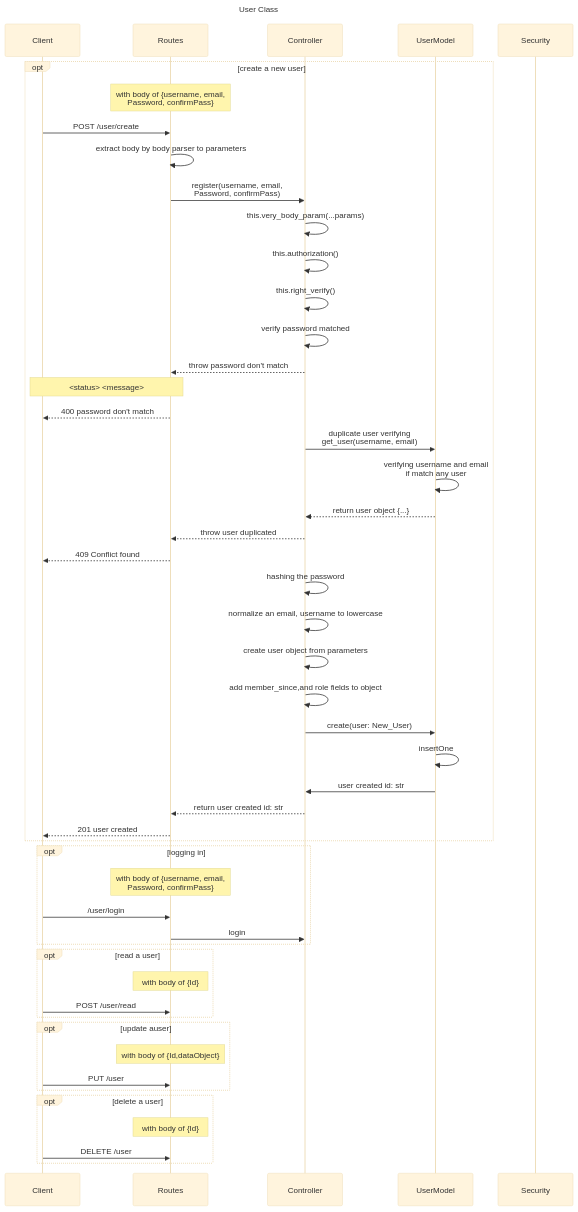
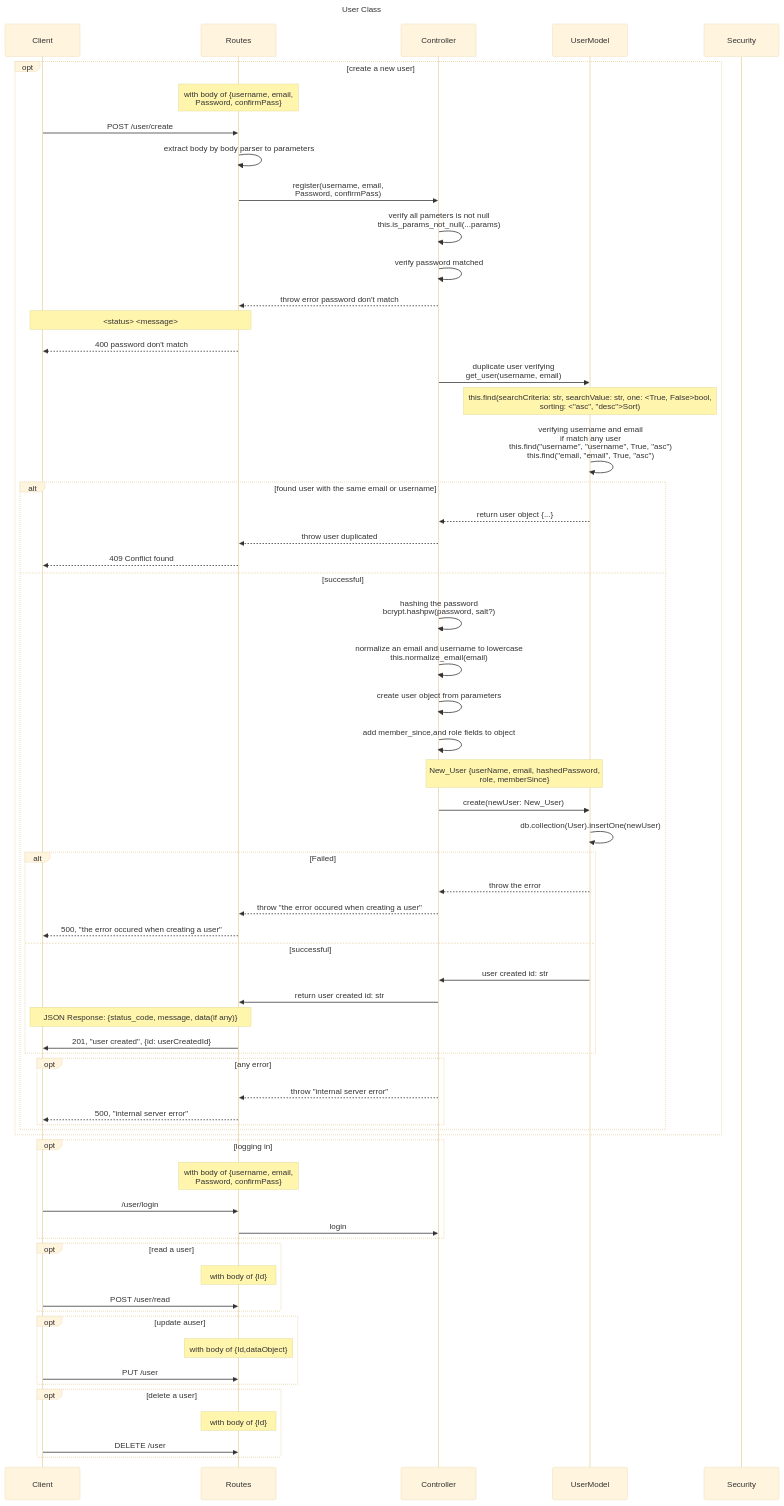
One commit to SawatKia/WealthTracking changed the diagram in design/Classes/User.mmd. Above: the diagram before and after it, drawn with Mermaid (base theme).

Commit message:
remove unnecssary part; add fail and success in the route

```diff
--- a/design/Classes/User.mmd
+++ b/design/Classes/User.mmd
@@ -1,53 +1,67 @@
 sequenceDiagram
     title User Class
     participant Client
     participant Routes
     participant Controller
     participant UserModel
     participant Security
     
 
     opt create a new user
         Note over Routes: with body of {username, email,<br/>Password, confirmPass}
         Client->>Routes: POST /user/create
         Routes->>Routes: extract body by body parser to parameters
         Routes->>Controller: register(username, email,<br>Password, confirmPass)
-        Controller->>Controller: this.very_body_param(...params)
-        Controller->>Controller: this.authorization()
-        Controller->>Controller: this.right_verify()
+        Controller->>Controller: verify all pameters is not null<br>this.is_params_not_null(...params)
         Controller->>Controller: verify password matched
-        Controller-->>Routes: throw password don't match
+        Controller-->>Routes: throw error password don't match
         Note over Routes,Client: <status> <message>
         Routes-->>Client: 400 password don't match 
         Controller->>UserModel: duplicate user verifying<br>get_user(username, email)
-        UserModel->>UserModel: verifying username and email<br> if match any user
-        UserModel-->>Controller: return user object {...}
-        Controller-->>Routes: throw user duplicated
-        Routes-->>Client: 409 Conflict found
-        Controller->>Controller: hashing the password
-        Controller->>Controller: normalize an email, username to lowercase
-        Controller->>Controller: create user object from parameters
-        Controller->>Controller: add member_since,and role fields to object
-        Controller->>UserModel: create(user: New_User)
-        UserModel->>UserModel: insertOne
-        UserModel->>Controller: user created id: str
-        Controller-->>Routes: return user created id: str
-        Routes-->>Client: 201 user created
+        Note over UserModel: this.find(searchCriteria: str, searchValue: str, one: <True, False>bool,<br> sorting: <"asc", "desc">Sort)
+        UserModel->>UserModel: verifying username and email<br> if match any user<br>this.find("username", "username", True, "asc")<br>this.find("email, "email", True, "asc")
+        alt found user with the same email or username
+            UserModel-->>Controller: return user object {...}
+            Controller-->>Routes: throw user duplicated
+            Routes-->>Client: 409 Conflict found
+        else successful
+            Controller->>Controller: hashing the password<br>bcrypt.hashpw(password, salt?)
+            Controller->>Controller: normalize an email and username to lowercase<br>this.normalize_email(email)
+            Controller->>Controller: create user object from parameters
+            Controller->>Controller: add member_since,and role fields to object
+            Note over Controller, UserModel: New_User {userName, email, hashedPassword,<br>role, memberSince}
+            Controller->>UserModel: create(newUser: New_User)
+            UserModel->>UserModel: db.collection(User).insertOne(newUser)
+            alt Failed
+                UserModel-->>Controller: throw the error
+                Controller-->>Routes: throw "the error occured when creating a user"
+                Routes-->>Client: 500, "the error occured when creating a user"
+            else successful
+                UserModel->>Controller: user created id: str
+                Controller->>Routes: return user created id: str
+                Note over Routes,Client: JSON Response: {status_code, message, data(if any)}
+                Routes->>Client: 201, "user created", {id: userCreatedId}
+            end
+            opt any error
+            Controller-->>Routes: throw "internal server error"
+            Routes-->>Client: 500, "internal server error"
+            end
+        end
     end
     opt logging in
         Note over Routes: with body of {username, email,<br/>Password, confirmPass}
         Client->>Routes: /user/login
         Routes->>Controller: login
     end
     opt read a user
         Note over Routes: with body of {Id}
         Client->>Routes: POST /user/read
     end
     opt update auser
         Note over Routes: with body of {Id,dataObject}
         Client->>Routes: PUT /user
     end
     opt delete a user
         Note over Routes: with body of {Id}
         Client->>Routes: DELETE /user
     end
```
